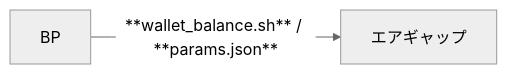
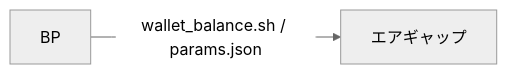
The second of 4 diagrams in docs/cardano/operation/calidus-key-generation.md (btbf/spojapanguild), drawn with Mermaid (neutral theme) before and after one commit. The commit also changed other lines of this file and 61 other files, not shown here.

````diff
--- a/docs/cardano/operation/calidus-key-generation.md
+++ b/docs/cardano/operation/calidus-key-generation.md
@@ -187,4 +187,4 @@
         ``` mermaid
         graph LR
-            A[BP] -->|**wallet_balance.sh** / **params.json**| B[エアギャップ];
+            A[BP] -->|wallet_balance.sh / params.json| B[エアギャップ];
         ```
````
